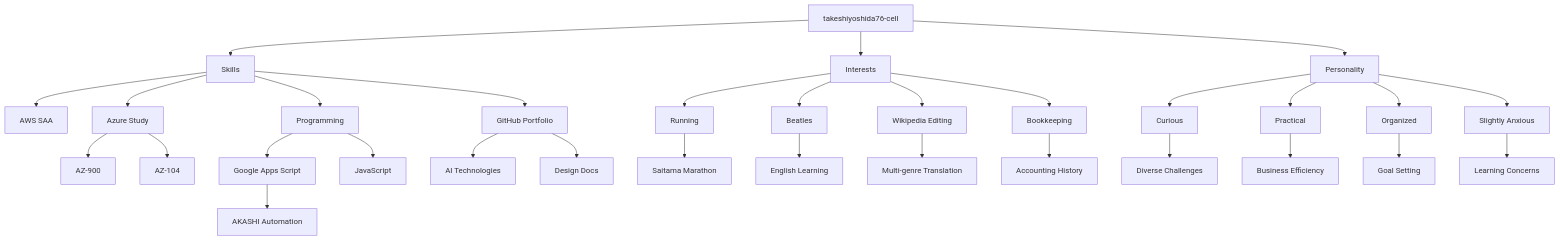
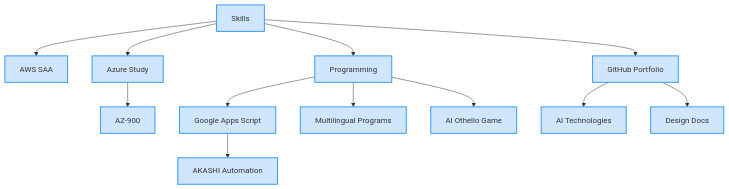
The first of 3 diagrams in README.md (takeshiyoshida76-cell/takeshiyoshida76), drawn with Mermaid before and after one commit. The commit also changed other lines of this file, not shown here.

````diff
--- a/README.md
+++ b/README.md
@@ -10,36 +19,15 @@
 ```mermaid
 graph TD
-    A[takeshiyoshida76-cell] --> B[Skills]
-    A --> C[Interests]
-    A --> D[Personality]
-
-    B --> B1[AWS SAA]
-    B --> B2[Azure Study]
-    B --> B3[Programming]
-    B --> B4[GitHub Portfolio]
-    B2 --> B2a[AZ-900]
-    B2 --> B2b[AZ-104]
-    B3 --> B3a[Google Apps Script]
-    B3 --> B3b[JavaScript]
-    B3a --> B3a1[AKASHI Automation]
-    B4 --> B4a[AI Technologies]
-    B4 --> B4b[Design Docs]
-
-    C --> C1[Running]
-    C --> C2[Beatles]
-    C --> C3[Wikipedia Editing]
-    C --> C4[Bookkeeping]
-    C1 --> C1a[Saitama Marathon]
-    C2 --> C2a[English Learning]
-    C3 --> C3a[Multi-genre Translation]
-    C4 --> C4a[Accounting History]
-
-    D --> D1[Curious]
-    D --> D2[Practical]
-    D --> D3[Organized]
-    D --> D4[Slightly Anxious]
-    D1 --> D1a[Diverse Challenges]
-    D2 --> D2a[Business Efficiency]
-    D3 --> D3a[Goal Setting]
-    D4 --> D4a[Learning Concerns]
+    classDef skill fill:#d0e6ff,stroke:#3399ff,stroke-width:2px;
+    B[Skills]:::skill --> B1[AWS SAA]:::skill
+    B --> B2[Azure Study]:::skill
+    B --> B3[Programming]:::skill
+    B --> B4[GitHub Portfolio]:::skill
+    B2 --> B2a[AZ-900]:::skill
+    B3 --> B3a[Google Apps Script]:::skill
+    B3a --> B3a1[AKASHI Automation]:::skill
+    B3 --> B3b[Multilingual Programs]:::skill
+    B3 --> B3c[AI Othello Game]:::skill
+    B4 --> B4a[AI Technologies]:::skill
+    B4 --> B4b[Design Docs]:::skill
 ```
````
